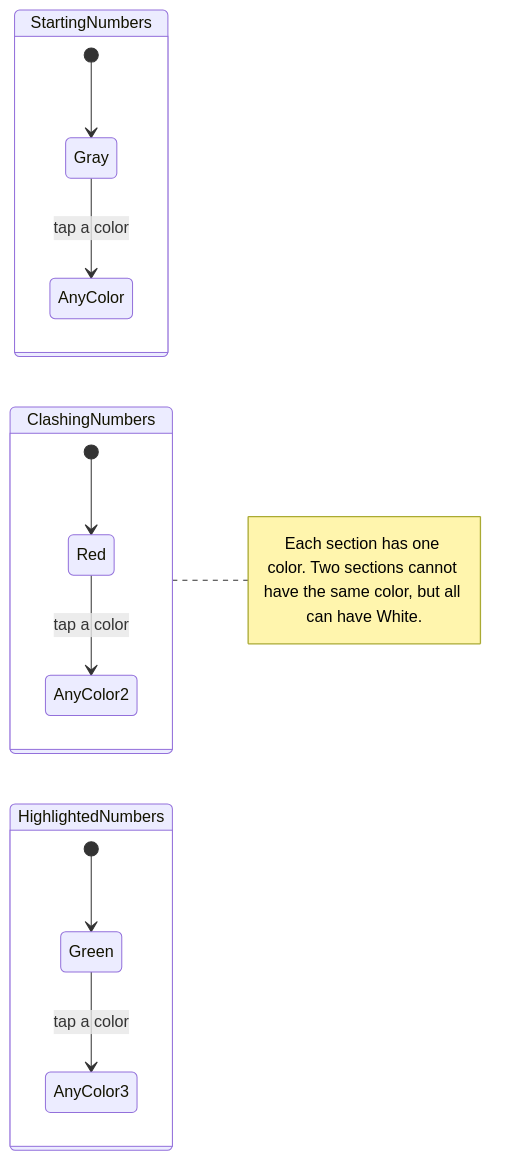
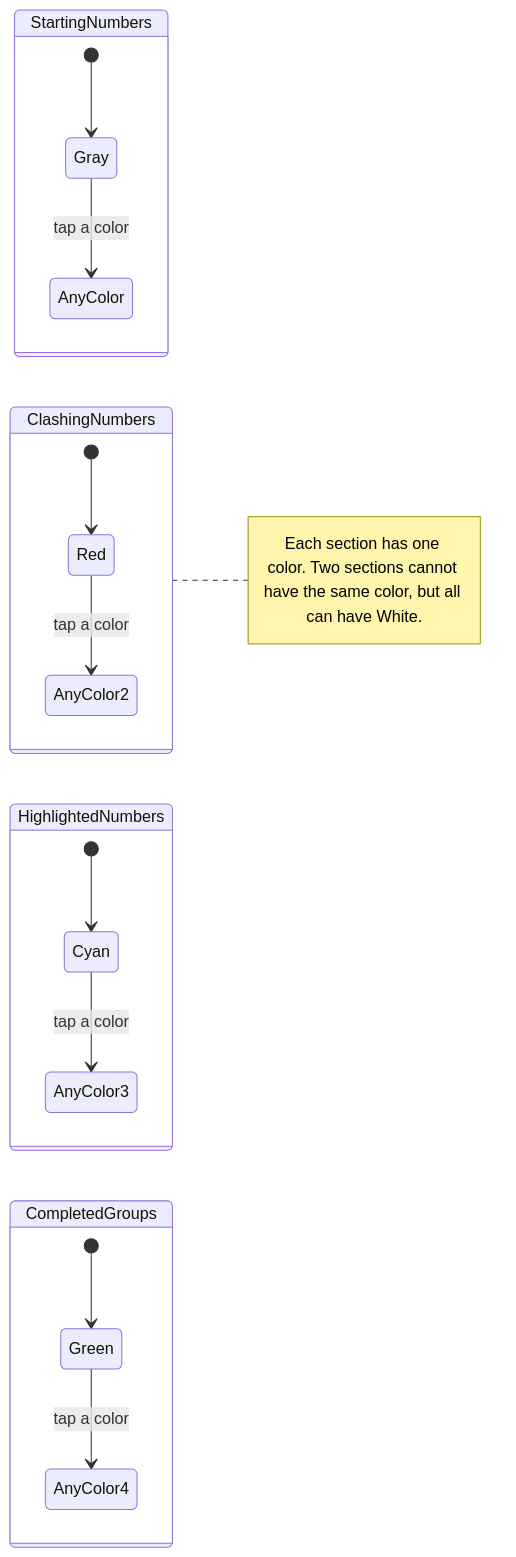
One commit to garbles/sudoku changed diagram 11 of 14 in REQUIREMENTS.md. Above: the diagram before and after it, drawn with Mermaid. The commit also changed other lines of this file and 81 other files, not shown here.

First line of the commit message:
Show a color for completed groups and make the cell colors stronger

````diff
--- a/REQUIREMENTS.md
+++ b/REQUIREMENTS.md
@@ -845,17 +937,21 @@
 ```mermaid
 stateDiagram-v2
     direction LR
     state StartingNumbers {
         [*] --> Gray
         Gray --> AnyColor: tap a color
     }
     state ClashingNumbers {
         [*] --> Red
         Red --> AnyColor2: tap a color
     }
     state HighlightedNumbers {
+        [*] --> Cyan
+        Cyan --> AnyColor3: tap a color
+    }
+    state CompletedGroups {
         [*] --> Green
-        Green --> AnyColor3: tap a color
+        Green --> AnyColor4: tap a color
     }
     note right of ClashingNumbers: Each section has one color. Two sections cannot have the same color, but all can have White.
 ```
````
